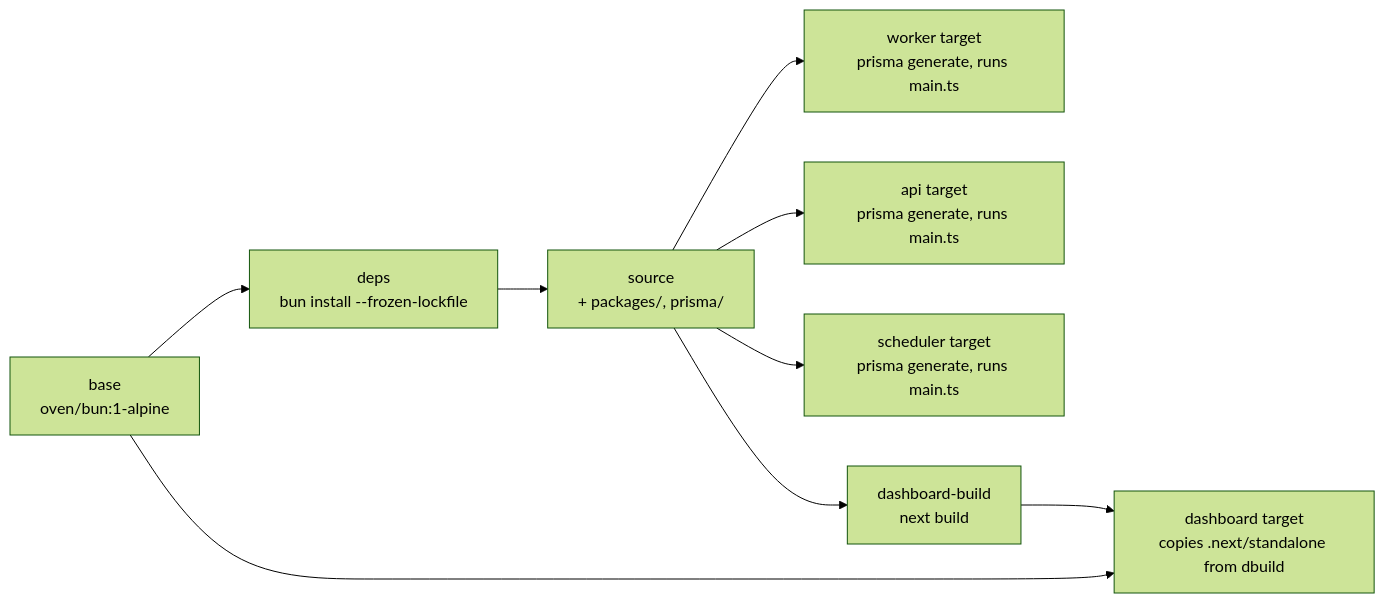
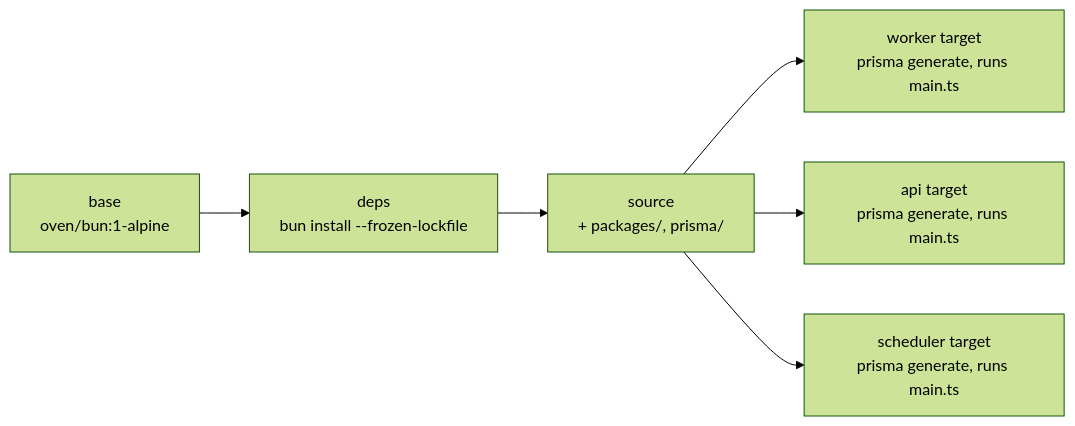
Before and after one commit to lumi-devs/Lumi: the second of 2 diagrams in deploy/docker/README.md, drawn with Mermaid (forest theme). The commit also changed other lines of this file and 303 other files, not shown here.

````diff
--- a/deploy/docker/README.md
+++ b/deploy/docker/README.md
@@ -109,11 +109,8 @@
 ```mermaid
 graph LR
     base[base<br/>oven/bun:1-alpine] --> deps[deps<br/>bun install --frozen-lockfile]
     deps --> source[source<br/>+ packages/, prisma/]
     source --> worker[worker target<br/>prisma generate, runs main.ts]
     source --> api[api target<br/>prisma generate, runs main.ts]
     source --> scheduler[scheduler target<br/>prisma generate, runs main.ts]
-    source --> dbuild[dashboard-build<br/>next build]
-    base --> dashboard[dashboard target<br/>copies .next/standalone from dbuild]
-    dbuild --> dashboard
 ```
````
